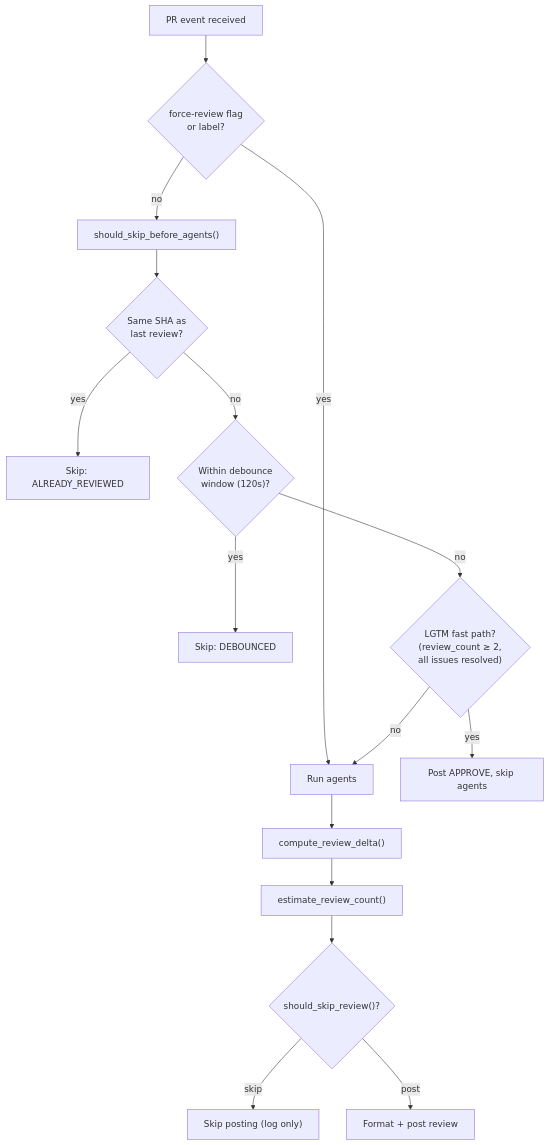
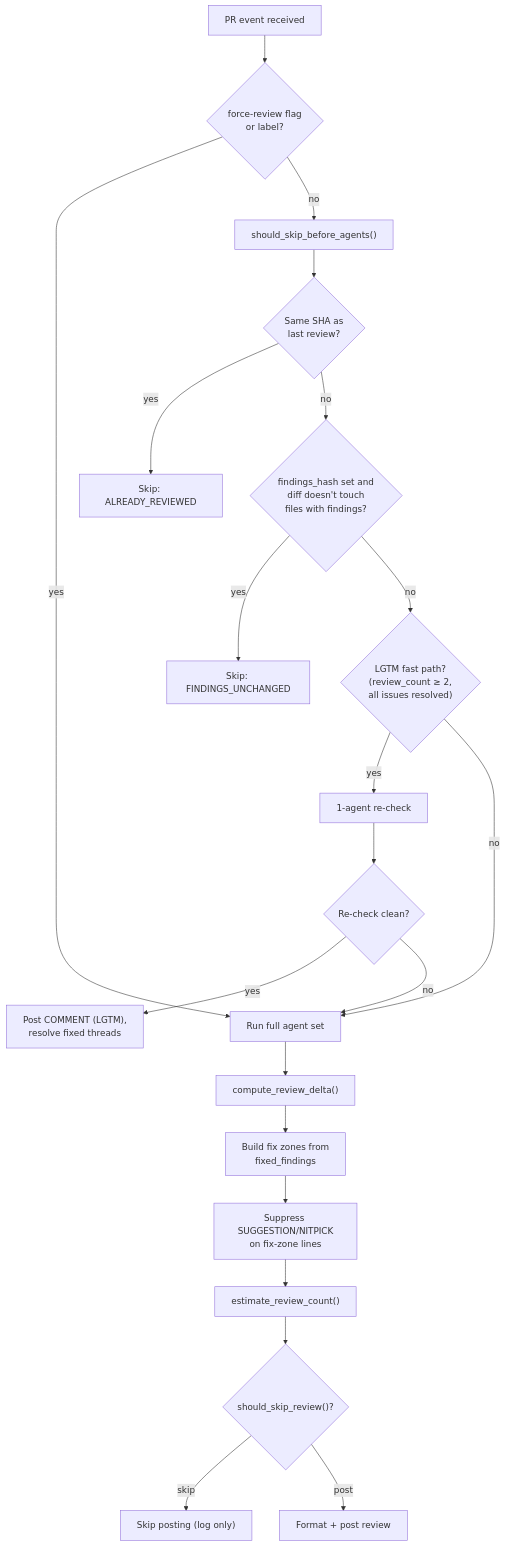
The fifth of 6 diagrams in docs/ARCHITECTURE.md (calimero-network/ai-code-reviewer), drawn with Mermaid before and after one commit. The commit also changed other lines of this file, not shown here.

First line of the commit message:
feat: add suppressed findings and enhance review logic

````diff
--- a/docs/ARCHITECTURE.md
+++ b/docs/ARCHITECTURE.md
@@ -278,19 +279,24 @@
 ```mermaid
 flowchart TD
     Start["PR event received"]
     Start --> Force{"force-review flag\nor label?"}
     Force -- yes --> RunAgents["Run agents"]
     Force -- no --> PreAgent["should_skip_before_agents()"]
     PreAgent --> SameSHA{"Same SHA as\nlast review?"}
     SameSHA -- yes --> SkipAlready["Skip: ALREADY_REVIEWED"]
-    SameSHA -- no --> Debounce{"Within debounce\nwindow (120s)?"}
-    Debounce -- yes --> SkipDebounce["Skip: DEBOUNCED"]
-    Debounce -- no --> LGTM{"LGTM fast path?\n(review_count ≥ 2,\nall issues resolved)"}
-    LGTM -- yes --> Approve["Post APPROVE, skip agents"]
+    SameSHA -- no --> HashCheck{"findings_hash set and\ndiff doesn't touch\nfiles with findings?"}
+    HashCheck -- yes --> SkipUnchanged["Skip: FINDINGS_UNCHANGED"]
+    HashCheck -- no --> LGTM{"LGTM fast path?\n(review_count ≥ 2,\nall issues resolved)"}
+    LGTM -- yes --> Recheck["1-agent re-check"]
+    Recheck --> Clean{"Re-check clean?"}
+    Clean -- yes --> PostLGTM["Post COMMENT (LGTM),\nresolve fixed threads"]
+    Clean -- no --> RunAgents["Run full agent set"]
     LGTM -- no --> RunAgents
     RunAgents --> Delta["compute_review_delta()"]
-    Delta --> EstCount["estimate_review_count()"]
+    Delta --> FixZones["Build fix zones from\nfixed_findings"]
+    FixZones --> Suppress["Suppress SUGGESTION/NITPICK\non fix-zone lines"]
+    Suppress --> EstCount["estimate_review_count()"]
     EstCount --> ShouldSkip{"should_skip_review()?"}
     ShouldSkip -- skip --> Silent["Skip posting (log only)"]
     ShouldSkip -- post --> Format["Format + post review"]
 ```
````
